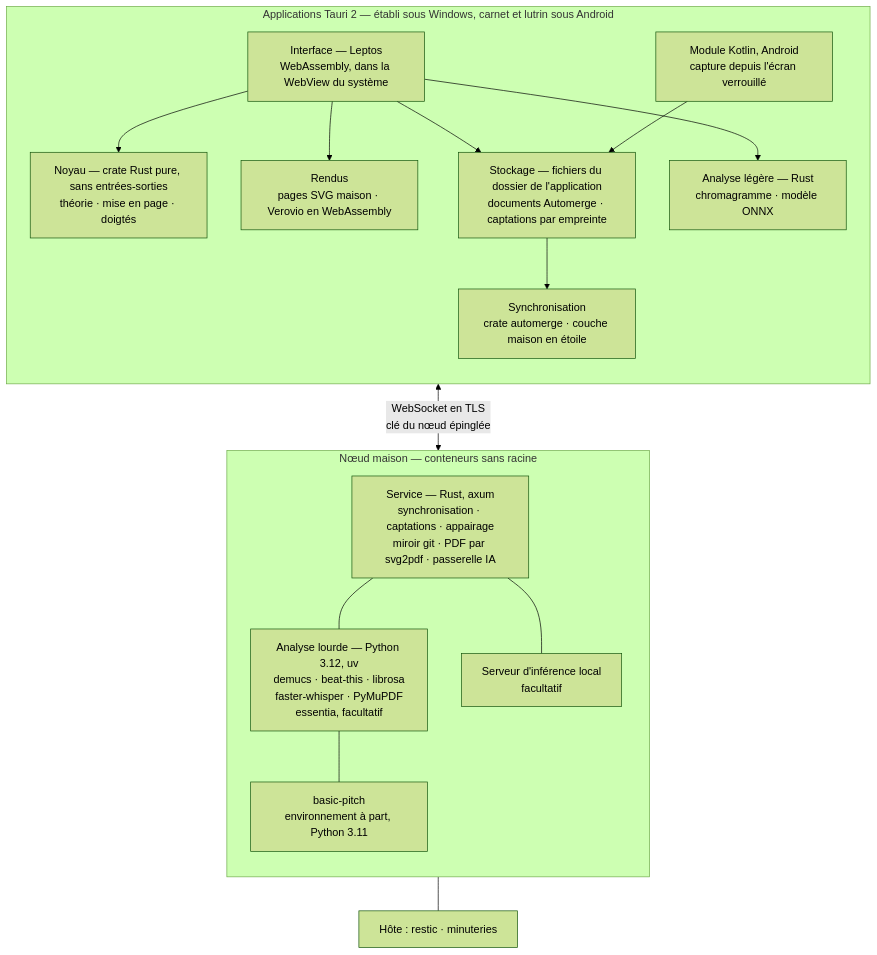
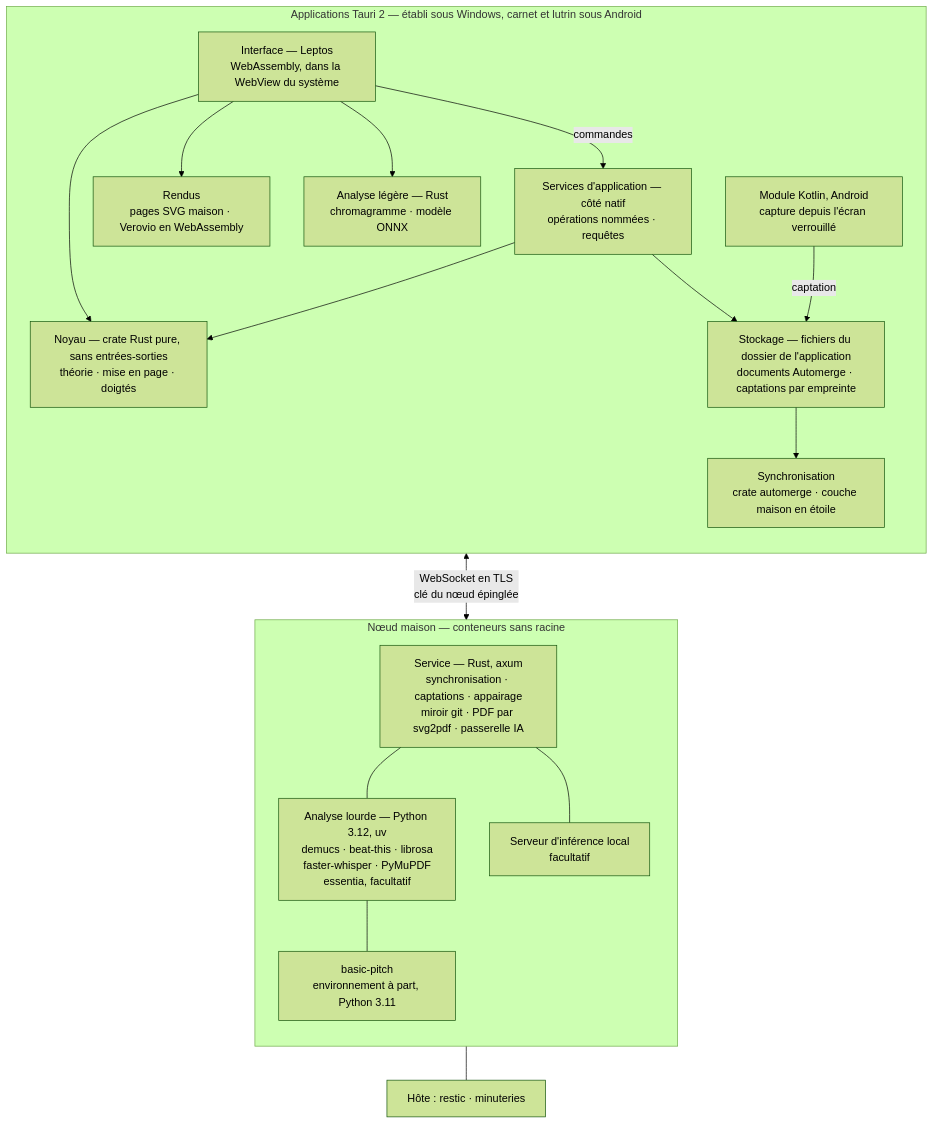
The diagram in docs/41-pile-technique.md (EdouardZemb/pupitre), drawn with Mermaid (forest theme) before and after one commit. The commit also changed other lines of this file and 24 other files, not shown here.

````diff
--- a/docs/41-pile-technique.md
+++ b/docs/41-pile-technique.md
@@ -31,32 +31,35 @@
 ```mermaid
 flowchart TB
   subgraph APPS["Applications Tauri 2 — établi sous Windows, carnet et lutrin sous Android"]
     direction TB
     UI["Interface — Leptos<br/>WebAssembly, dans la WebView du système"]
+    SVC["Services d'application — côté natif<br/>opérations nommées · requêtes"]
     NOY["Noyau — crate Rust pure, sans entrées-sorties<br/>théorie · mise en page · doigtés"]
     DATA["Stockage — fichiers du dossier de l'application<br/>documents Automerge · captations par empreinte"]
     SYNC["Synchronisation<br/>crate automerge · couche maison en étoile"]
     AUD["Analyse légère — Rust<br/>chromagramme · modèle ONNX"]
     REN["Rendus<br/>pages SVG maison · Verovio en WebAssembly"]
     KT["Module Kotlin, Android<br/>capture depuis l'écran verrouillé"]
+    UI -->|"commandes"| SVC
     UI --> NOY
     UI --> REN
-    UI --> DATA
     UI --> AUD
+    SVC --> NOY
+    SVC --> DATA
     DATA --> SYNC
-    KT --> DATA
+    KT -->|"captation"| DATA
   end
   subgraph NOEUD["Nœud maison — conteneurs sans racine"]
     direction TB
     SRV["Service — Rust, axum<br/>synchronisation · captations · appairage<br/>miroir git · PDF par svg2pdf · passerelle IA"]
     PY["Analyse lourde — Python 3.12, uv<br/>demucs · beat-this · librosa<br/>faster-whisper · PyMuPDF<br/>essentia, facultatif"]
     BP["basic-pitch<br/>environnement à part, Python 3.11"]
     LLM["Serveur d'inférence local<br/>facultatif"]
   end
   HOTE["Hôte : restic · minuteries"]
   SYNC <-->|"WebSocket en TLS<br/>clé du nœud épinglée"| SRV
   SRV --- PY
   PY --- BP
   SRV --- LLM
   NOEUD --- HOTE
 ```
````
